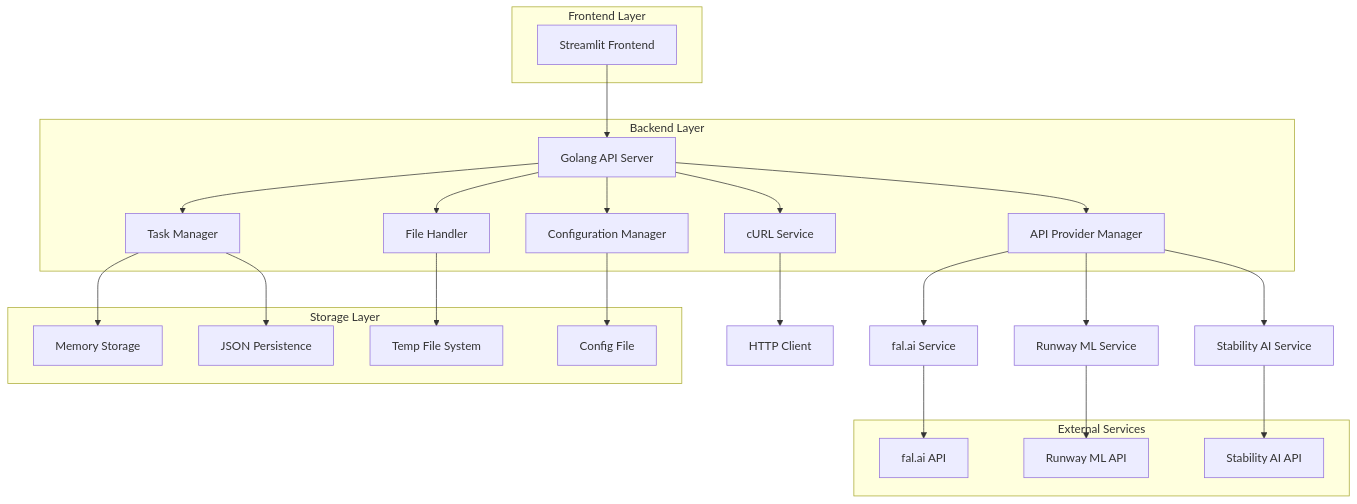
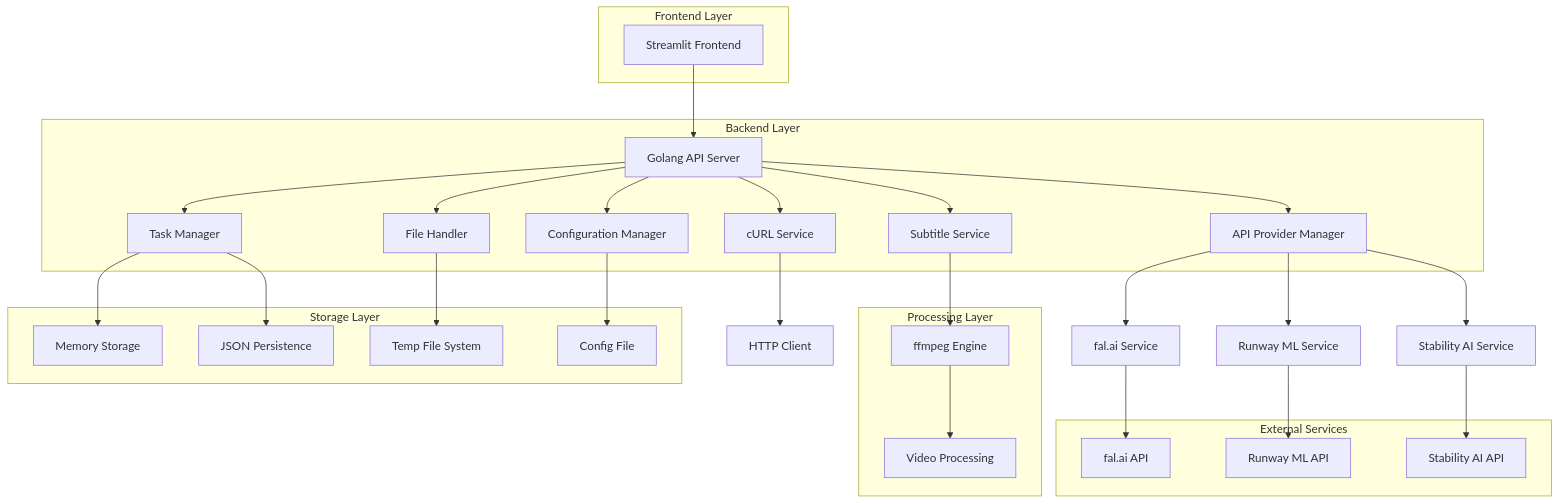
One commit to dominantculture2024/genVideoSub changed the first of 3 diagrams in .trae/documents/genVideoSub_技術架構文檔.md. Above: the diagram before and after it, drawn with Mermaid. The commit also changed other lines of this file and 8 other files, not shown here.

````diff
--- a/.trae/documents/genVideoSub_技術架構文檔.md
+++ b/.trae/documents/genVideoSub_技術架構文檔.md
@@ -7,48 +7,57 @@
 ```mermaid
 graph TD
     A[Streamlit Frontend] --> B[Golang API Server]
     B --> C[Task Manager]
     B --> D[File Handler]
     B --> E[API Provider Manager]
     B --> F[cURL Service]
     B --> G[Configuration Manager]
+    B --> H[Subtitle Service]
     
-    C --> H[Memory Storage]
-    C --> I[JSON Persistence]
-    D --> J[Temp File System]
-    E --> K[fal.ai Service]
-    E --> L[Runway ML Service]
-    E --> M[Stability AI Service]
-    F --> N[HTTP Client]
-    G --> O[Config File]
+    C --> I[Memory Storage]
+    C --> J[JSON Persistence]
+    D --> K[Temp File System]
+    E --> L[fal.ai Service]
+    E --> M[Runway ML Service]
+    E --> N[Stability AI Service]
+    F --> O[HTTP Client]
+    G --> P[Config File]
+    H --> Q[ffmpeg Engine]
     
-    K --> P[fal.ai API]
-    L --> Q[Runway ML API]
-    M --> R[Stability AI API]
+    L --> R[fal.ai API]
+    M --> S[Runway ML API]
+    N --> T[Stability AI API]
+    Q --> U[Video Processing]
     
     subgraph "Frontend Layer"
         A
     end
     
     subgraph "Backend Layer"
         B
         C
         D
         E
         F
         G
+        H
+    end
+    
+    subgraph "Processing Layer"
+        Q
+        U
     end
     
     subgraph "Storage Layer"
-        H
         I
         J
-        O
+        K
+        P
     end
     
     subgraph "External Services"
-        P
-        Q
         R
+        S
+        T
     end
 ```
````
